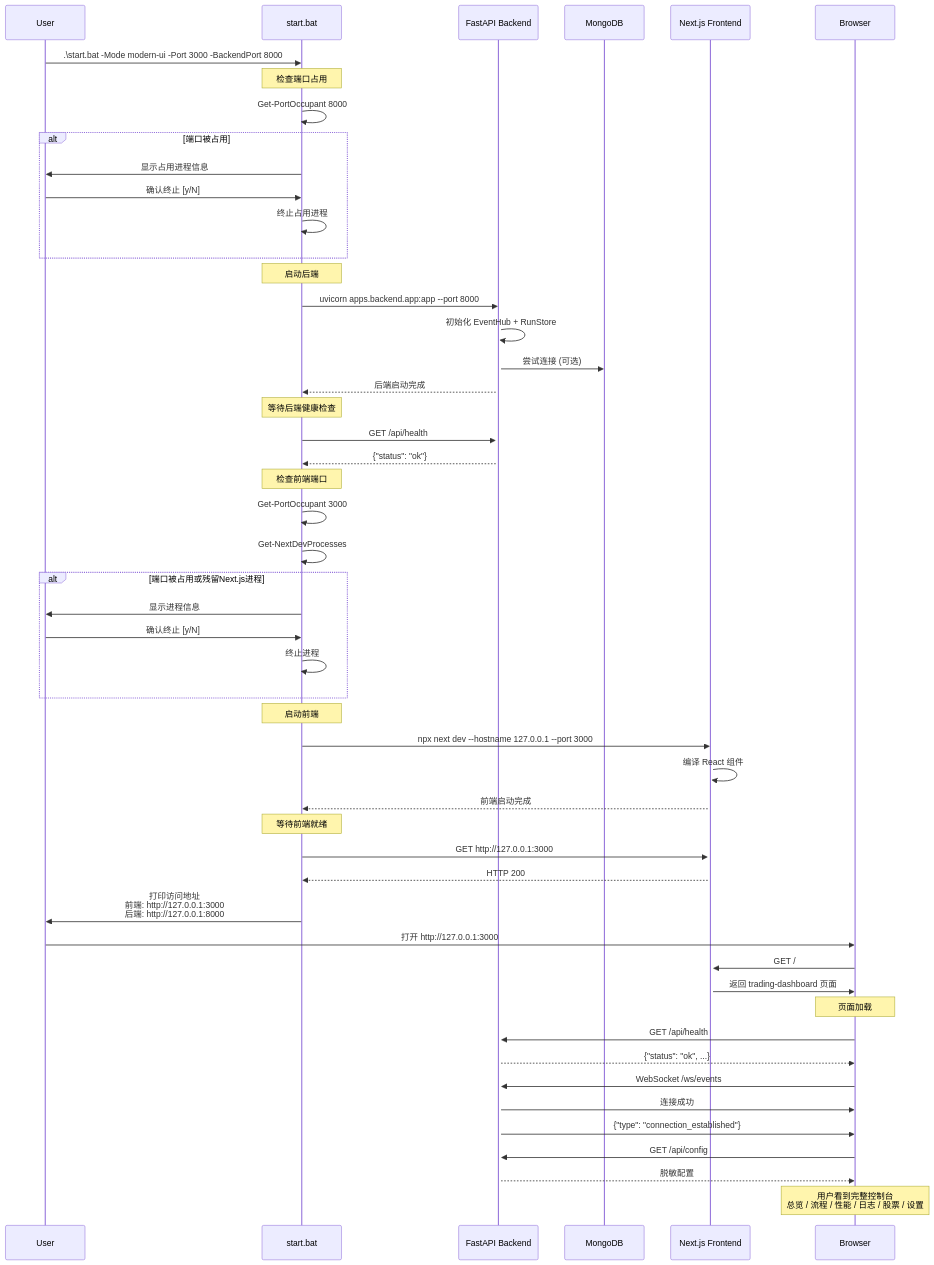
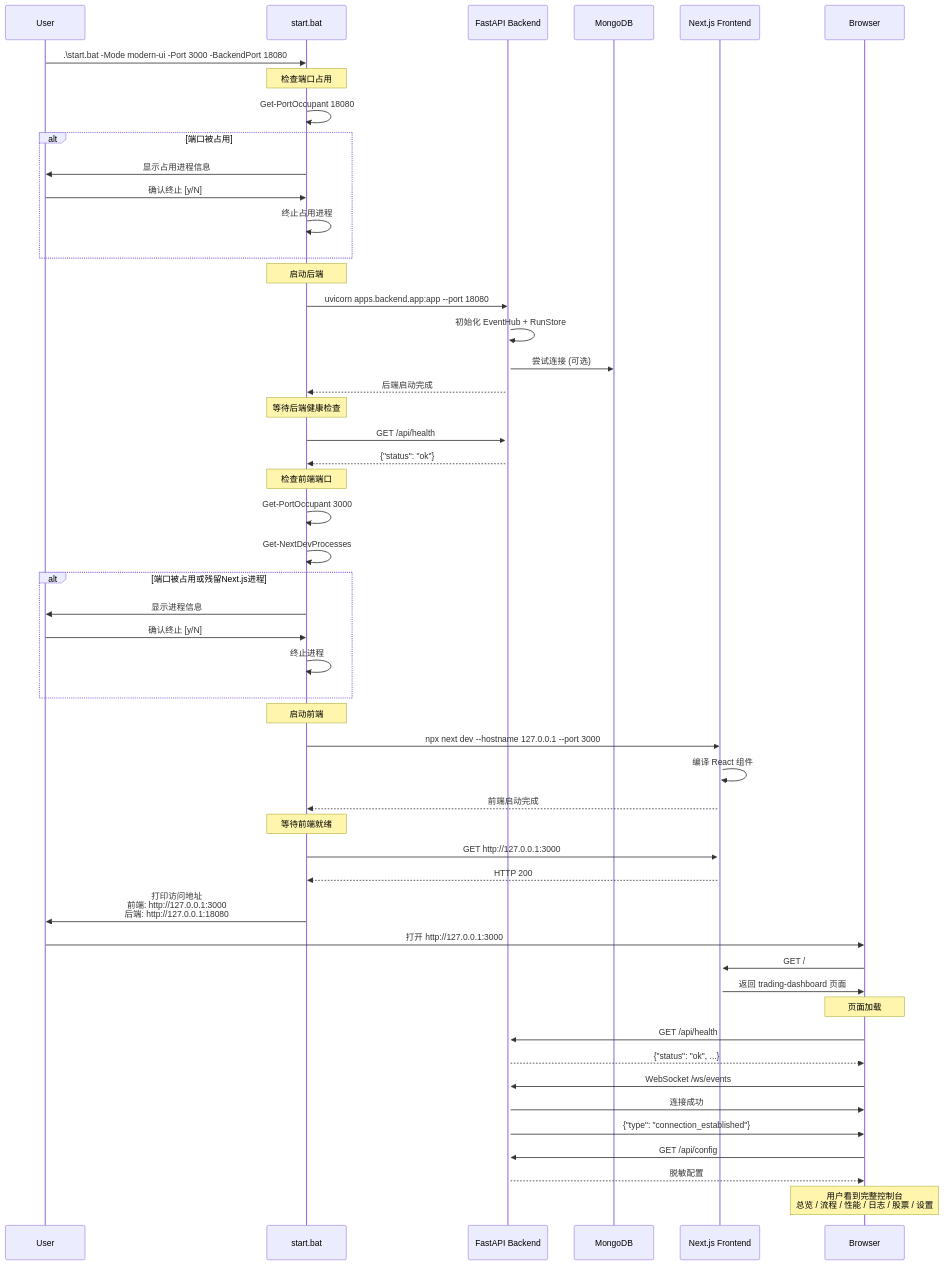
The first of 4 diagrams in docs/technical/FLOWS.md (systemoutprintlnhelloworld/astock-agent-system), drawn with Mermaid before and after one commit. The commit also changed other lines of this file and 15 other files, not shown here.

````diff
--- a/docs/technical/FLOWS.md
+++ b/docs/technical/FLOWS.md
@@ -13,68 +13,68 @@
 ```mermaid
 sequenceDiagram
     participant User
     participant StartBat as start.bat
     participant FastAPI as FastAPI Backend
     participant MongoDB
     participant NextJS as Next.js Frontend
     participant Browser
     
-    User->>StartBat: .\start.bat -Mode modern-ui -Port 3000 -BackendPort 8000
+    User->>StartBat: .\start.bat -Mode modern-ui -Port 3000 -BackendPort 18080
     
     Note over StartBat: 检查端口占用
-    StartBat->>StartBat: Get-PortOccupant 8000
+    StartBat->>StartBat: Get-PortOccupant 18080
     alt 端口被占用
         StartBat->>User: 显示占用进程信息
         User->>StartBat: 确认终止 [y/N]
         StartBat->>StartBat: 终止占用进程
     end
     
     Note over StartBat: 启动后端
-    StartBat->>FastAPI: uvicorn apps.backend.app:app --port 8000
+    StartBat->>FastAPI: uvicorn apps.backend.app:app --port 18080
     activate FastAPI
     FastAPI->>FastAPI: 初始化 EventHub + RunStore
     FastAPI->>MongoDB: 尝试连接 (可选)
     FastAPI-->>StartBat: 后端启动完成
     
     Note over StartBat: 等待后端健康检查
     StartBat->>FastAPI: GET /api/health
     FastAPI-->>StartBat: {"status": "ok"}
     
     Note over StartBat: 检查前端端口
     StartBat->>StartBat: Get-PortOccupant 3000
     StartBat->>StartBat: Get-NextDevProcesses
     alt 端口被占用或残留Next.js进程
         StartBat->>User: 显示进程信息
         User->>StartBat: 确认终止 [y/N]
         StartBat->>StartBat: 终止进程
     end
     
     Note over StartBat: 启动前端
     StartBat->>NextJS: npx next dev --hostname 127.0.0.1 --port 3000
     activate NextJS
     NextJS->>NextJS: 编译 React 组件
     NextJS-->>StartBat: 前端启动完成
     
     Note over StartBat: 等待前端就绪
     StartBat->>NextJS: GET http://127.0.0.1:3000
     NextJS-->>StartBat: HTTP 200
     
-    StartBat->>User: 打印访问地址<br/>前端: http://127.0.0.1:3000<br/>后端: http://127.0.0.1:8000
+    StartBat->>User: 打印访问地址<br/>前端: http://127.0.0.1:3000<br/>后端: http://127.0.0.1:18080
     
     User->>Browser: 打开 http://127.0.0.1:3000
     Browser->>NextJS: GET /
     NextJS->>Browser: 返回 trading-dashboard 页面
     
     Note over Browser: 页面加载
     Browser->>FastAPI: GET /api/health
     FastAPI-->>Browser: {"status": "ok", ...}
     
     Browser->>FastAPI: WebSocket /ws/events
     FastAPI->>Browser: 连接成功
     FastAPI->>Browser: {"type": "connection_established"}
     
     Browser->>FastAPI: GET /api/config
     FastAPI-->>Browser: 脱敏配置
     
     Note over Browser: 用户看到完整控制台<br/>总览 / 流程 / 性能 / 日志 / 股票 / 设置
 ```
````
